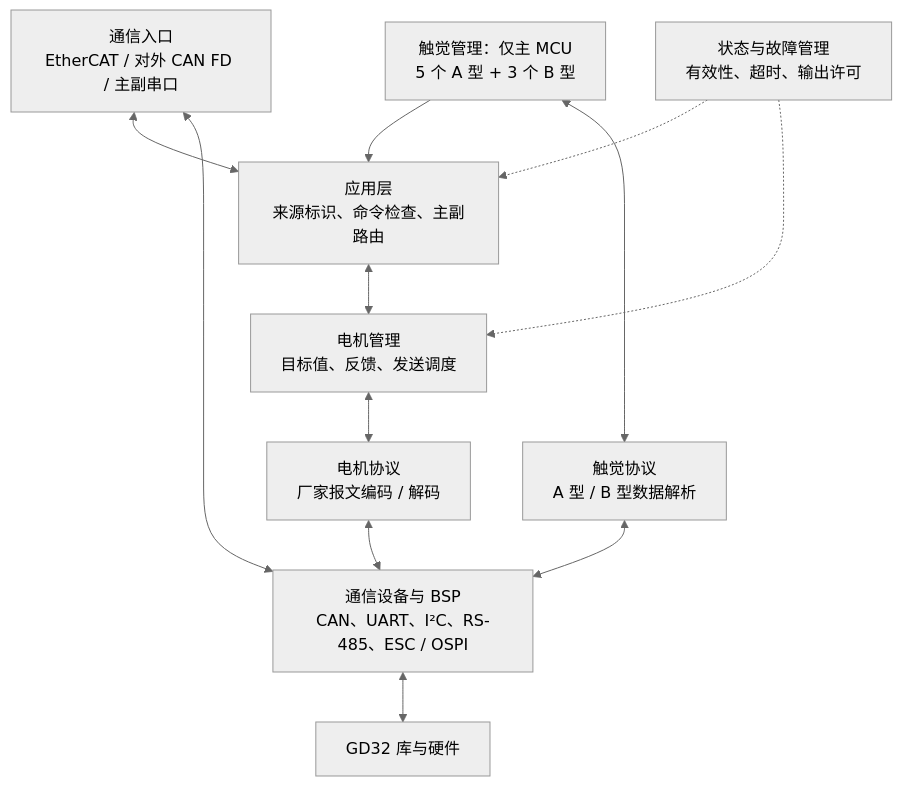
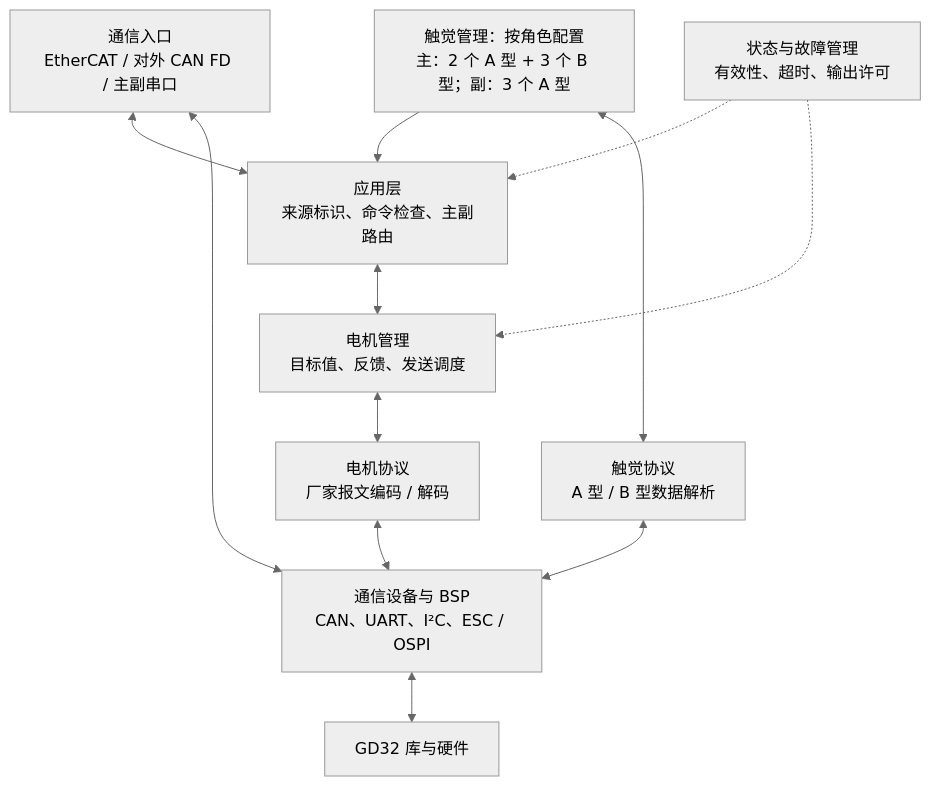
Before and after one commit to klsys777/plan_doce: the first of 3 diagrams in 22自由度灵巧手嵌入式软件架构Ethercat版.md, drawn with Mermaid (neutral theme). The commit also changed other lines of this file and 2 other files, not shown here.

````diff
--- a/22自由度灵巧手嵌入式软件架构Ethercat版.md
+++ b/22自由度灵巧手嵌入式软件架构Ethercat版.md
@@ -18,24 +18,24 @@
 ```mermaid
 flowchart TB
     IN["通信入口<br/>EtherCAT / 对外 CAN FD / 主副串口"]
     APP["应用层<br/>来源标识、命令检查、主副路由"]
     MOTOR["电机管理<br/>目标值、反馈、发送调度"]
-    TACT["触觉管理：仅主 MCU<br/>5 个 A 型 + 3 个 B 型"]
+    TACT["触觉管理：按角色配置<br/>主：2 个 A 型 + 3 个 B 型；副：3 个 A 型"]
     STATE["状态与故障管理<br/>有效性、超时、输出许可"]
     MP["电机协议<br/>厂家报文编码 / 解码"]
     TP["触觉协议<br/>A 型 / B 型数据解析"]
-    BUS["通信设备与 BSP<br/>CAN、UART、I²C、RS-485、ESC / OSPI"]
+    BUS["通信设备与 BSP<br/>CAN、UART、I²C、ESC / OSPI"]
     HW["GD32 库与硬件"]
 
     IN <--> APP
     APP <--> MOTOR
     TACT --> APP
     STATE -.-> APP
     STATE -.-> MOTOR
     MOTOR <--> MP
     TACT <--> TP
     MP <--> BUS
     TP <--> BUS
     IN <--> BUS
     BUS <--> HW
 ```
````
